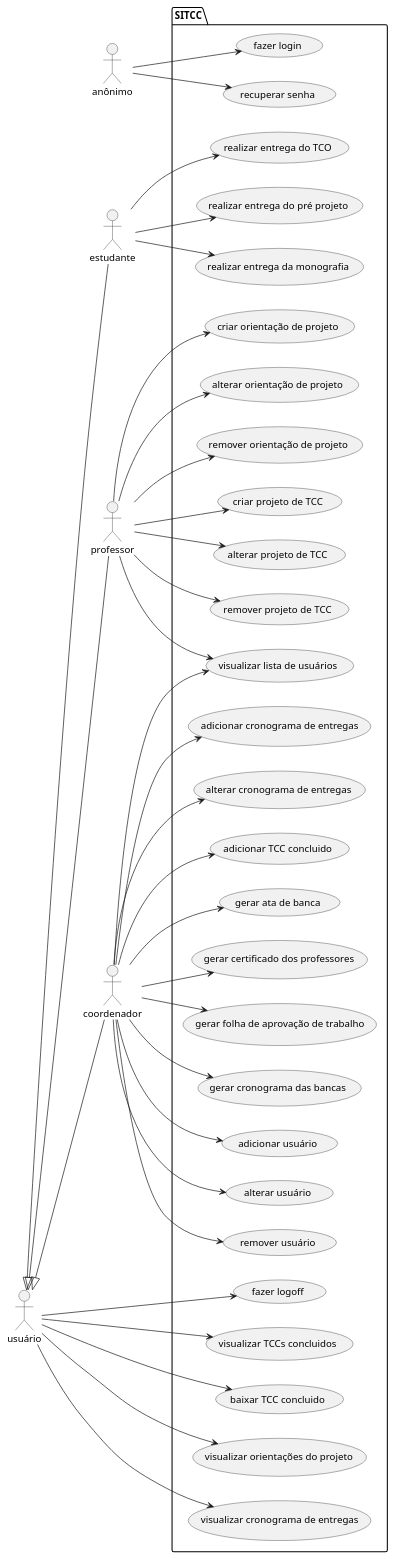
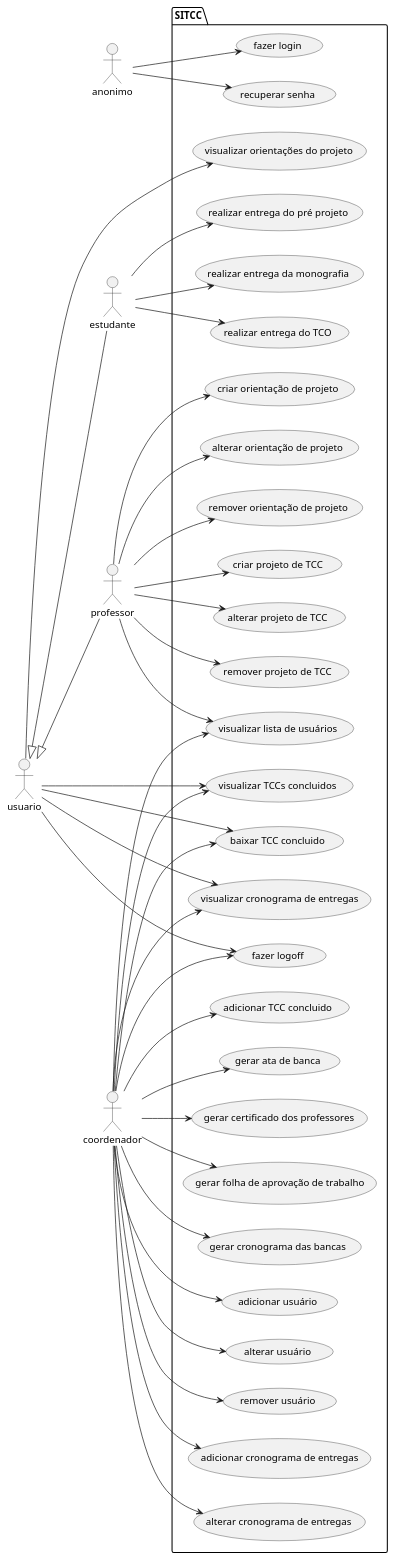
Before and after one commit to EngProjTCC/SITCC: the diagram in reqs.md, drawn with PlantUML.

````diff
--- a/reqs.md
+++ b/reqs.md
@@ -21,73 +21,76 @@
 ```plantuml
 @startuml
 left to right direction
-actor anônimo as a
-actor usuário as u
+actor anonimo as a
+actor usuario as u
 actor estudante as e
 actor professor as p
 actor coordenador as c
 
 u <|-- e
 u <|-- p
-u <|-- c
 
 package SITCC {
-  usecase "recuperar senha" as UC1
-  usecase "fazer login" as UC2
-  usecase "fazer logoff" as UC3
-  usecase "visualizar TCCs concluidos" as UC4
-  usecase "baixar TCC concluido" as UC5
-  usecase "visualizar orientações do projeto" as UC6
-  usecase "visualizar cronograma de entregas" as UC7
-  usecase "realizar entrega do TCO" as UC8
-  usecase "realizar entrega do pré projeto" as UC9
+  usecase "recuperar senha" as UC01
+  usecase "fazer login" as UC02
+  usecase "fazer logoff" as UC03
+  usecase "visualizar TCCs concluidos" as UC04
+  usecase "baixar TCC concluido" as UC05
+  usecase "visualizar orientações do projeto" as UC06
+  usecase "visualizar cronograma de entregas" as UC07
+  usecase "realizar entrega do TCO" as UC08
+  usecase "realizar entrega do pré projeto" as UC09
   usecase "realizar entrega da monografia" as UC10
   usecase "criar projeto de TCC" as UC11  
   usecase "alterar projeto de TCC" as UC12
   usecase "remover projeto de TCC" as UC13
   usecase "criar orientação de projeto" as UC14
   usecase "alterar orientação de projeto" as UC15
   usecase "remover orientação de projeto" as UC16
   usecase "visualizar lista de usuários" as UC17
   usecase "adicionar usuário" as UC18
   usecase "alterar usuário" as UC19
   usecase "remover usuário" as UC20
   usecase "adicionar cronograma de entregas" as UC21
   usecase "alterar cronograma de entregas" as UC22
   usecase "adicionar TCC concluido" as UC23
   usecase "gerar ata de banca" as UC24
   usecase "gerar certificado dos professores" as UC25
   usecase "gerar folha de aprovação de trabalho" as UC26
   usecase "gerar cronograma das bancas" as UC27
   
 }
-a --> UC1
-a --> UC2
-u --> UC3
-u --> UC4
-u --> UC5
-u --> UC6
-u --> UC7
-e --> UC8
-e --> UC9
+a --> UC01
+a --> UC02
+u --> UC03
+u --> UC04
+u --> UC05
+u --> UC06
+u --> UC07
+e --> UC08
+e --> UC09
 e --> UC10
 p --> UC11
 p --> UC12
 p --> UC13
 p --> UC14
 p --> UC15
 p --> UC16
 p --> UC17
+c --> UC03
+c --> UC04
+c --> UC05
+c --> UC07
 c --> UC17
 c --> UC18
 c --> UC19
 c --> UC20
 c --> UC21
 c --> UC22
 c --> UC23
 c --> UC24
 c --> UC25
 c --> UC26
 c --> UC27
 @enduml
 ```
````
